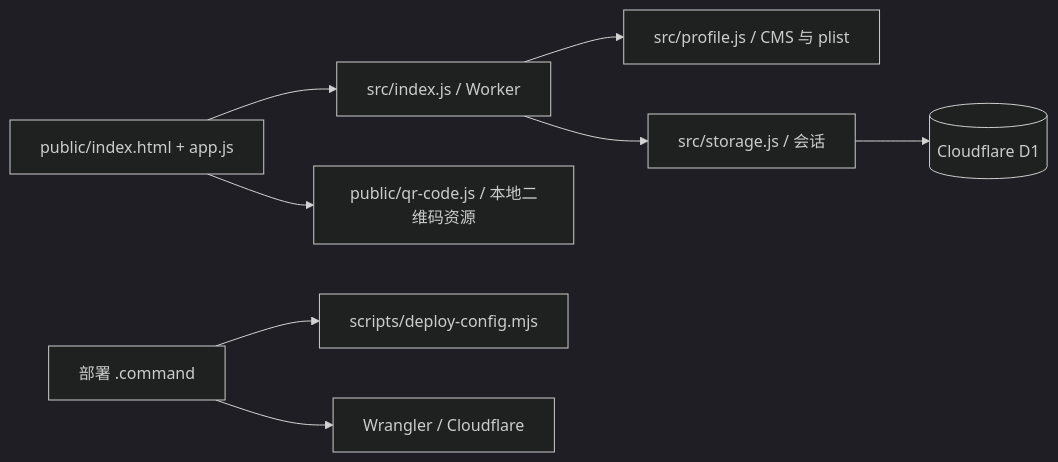
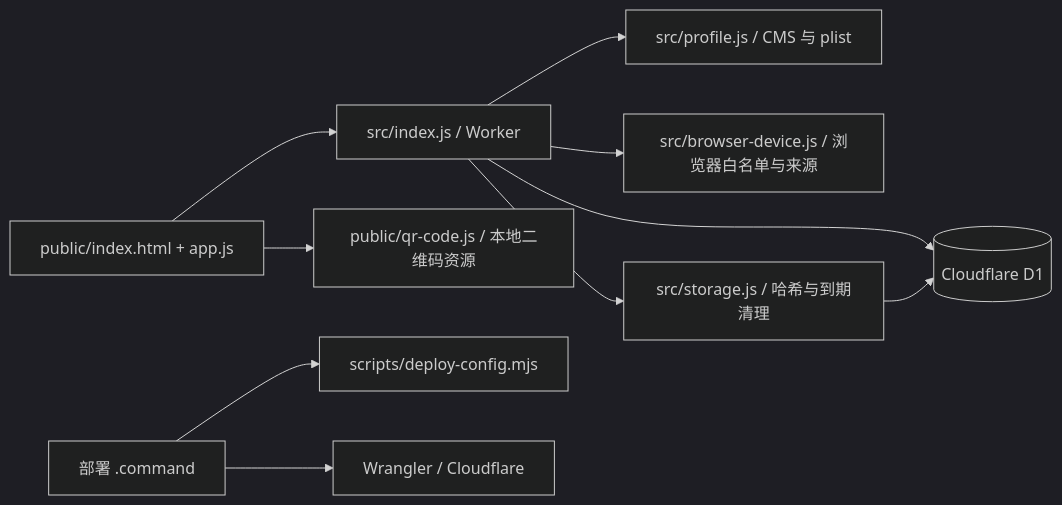
Before and after one commit to JobsKits/JobsDeviceInfo: the second of 3 diagrams in README.md, drawn with Mermaid (dark theme). The commit also changed other lines of this file and 16 other files, not shown here.

````diff
--- a/README.md
+++ b/README.md
@@ -249,10 +256,12 @@
 ```mermaid
 flowchart LR
   P[public/index.html + app.js] --> W[src/index.js / Worker]
   W --> R[src/profile.js / CMS 与 plist]
-  W --> S[src/storage.js / 会话]
-  S --> D[(Cloudflare D1)]
+  W --> BR[src/browser-device.js / 浏览器白名单与来源]
+  W --> S[src/storage.js / 哈希与到期清理]
+  W --> D[(Cloudflare D1)]
+  S --> D
   P --> QR[public/qr-code.js / 本地二维码资源]
   C[部署 .command] --> H[scripts/deploy-config.mjs]
   C --> V[Wrangler / Cloudflare]
 ```
````
